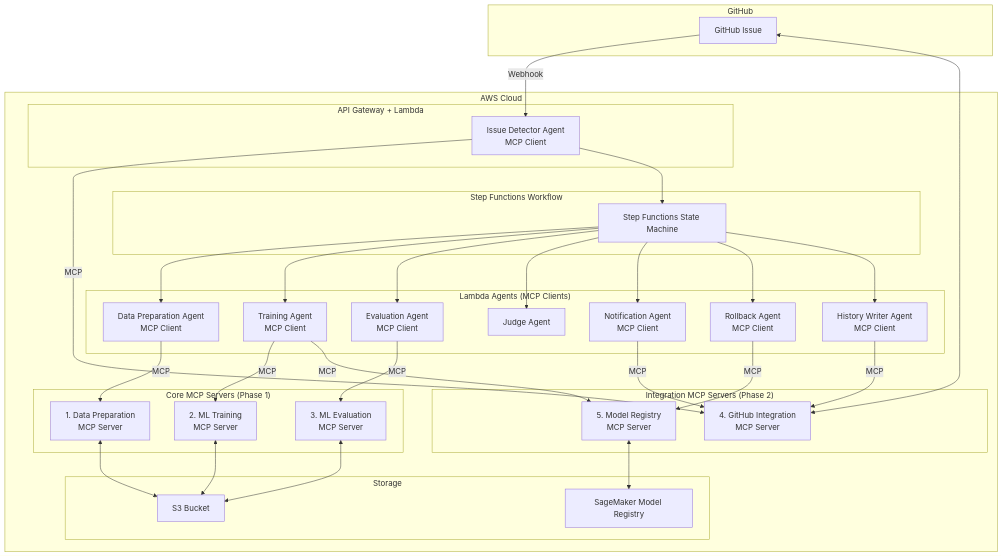
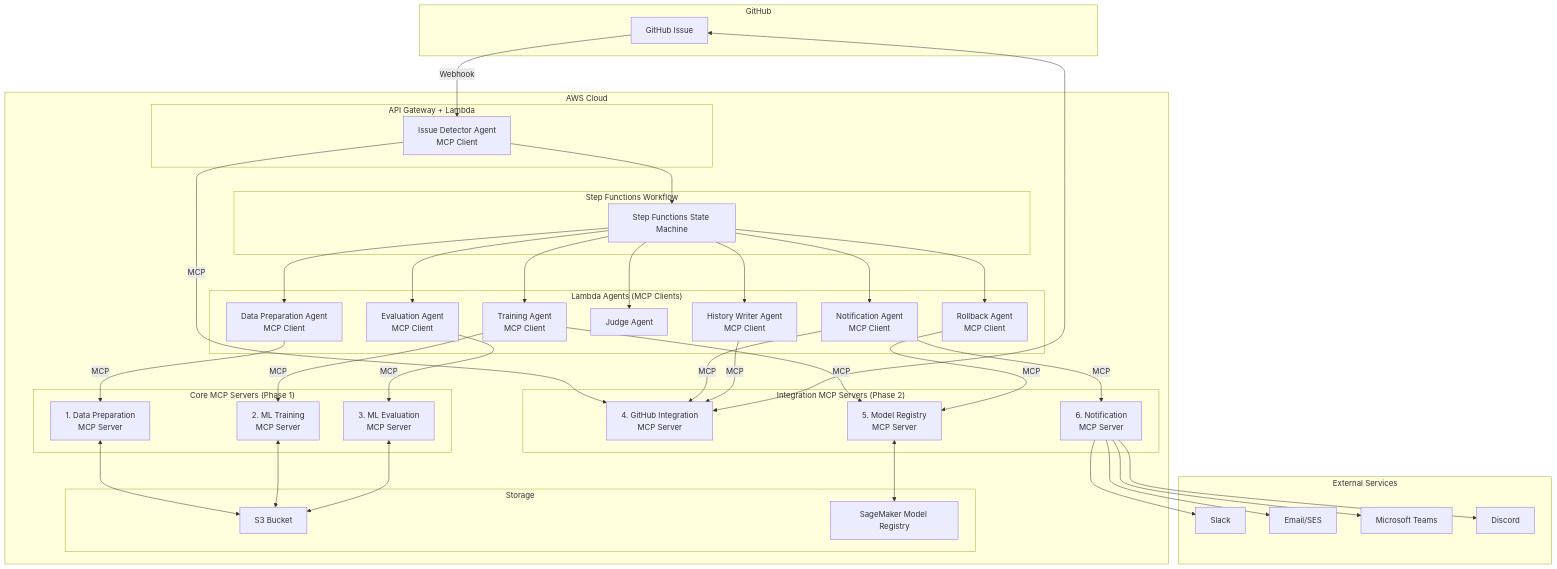
The first of 2 diagrams in mcp_design.md (Hi3369/MLOps), drawn with Mermaid before and after one commit. The commit also changed other lines of this file and 13 other files, not shown here.

First line of the commit message:
Add Notification MCP Server to design (6th core MCP server)

````diff
--- a/mcp_design.md
+++ b/mcp_design.md
@@ -200,68 +234,81 @@
 ```mermaid
 graph TB
     subgraph "GitHub"
         GH_ISSUE[GitHub Issue]
+    end
+
+    subgraph "External Services"
+        SLACK[Slack]
+        EMAIL[Email/SES]
+        TEAMS[Microsoft Teams]
+        DISCORD[Discord]
     end
 
     subgraph "AWS Cloud"
         subgraph "API Gateway + Lambda"
             ISSUE_DETECTOR[Issue Detector Agent<br/>MCP Client]
         end
 
         subgraph "Step Functions Workflow"
             SF[Step Functions State Machine]
         end
 
         subgraph "Lambda Agents (MCP Clients)"
             DATA_PREP[Data Preparation Agent<br/>MCP Client]
             TRAINING[Training Agent<br/>MCP Client]
             EVALUATION[Evaluation Agent<br/>MCP Client]
             JUDGE[Judge Agent]
             NOTIFICATION[Notification Agent<br/>MCP Client]
             ROLLBACK[Rollback Agent<br/>MCP Client]
             HISTORY[History Writer Agent<br/>MCP Client]
         end
 
         subgraph "Core MCP Servers (Phase 1)"
             MCP_DATA[1. Data Preparation<br/>MCP Server]
             MCP_TRAIN[2. ML Training<br/>MCP Server]
             MCP_EVAL[3. ML Evaluation<br/>MCP Server]
         end
 
         subgraph "Integration MCP Servers (Phase 2)"
             MCP_GITHUB[4. GitHub Integration<br/>MCP Server]
             MCP_REGISTRY[5. Model Registry<br/>MCP Server]
+            MCP_NOTIFY[6. Notification<br/>MCP Server]
         end
 
         subgraph "Storage"
             S3[S3 Bucket]
             SAGEMAKER_REGISTRY[SageMaker Model Registry]
         end
     end
 
     GH_ISSUE -->|Webhook| ISSUE_DETECTOR
     ISSUE_DETECTOR -->|MCP| MCP_GITHUB
     ISSUE_DETECTOR --> SF
 
     SF --> DATA_PREP
     SF --> TRAINING
     SF --> EVALUATION
     SF --> JUDGE
     SF --> NOTIFICATION
     SF --> ROLLBACK
     SF --> HISTORY
 
     DATA_PREP -->|MCP| MCP_DATA
     TRAINING -->|MCP| MCP_TRAIN
     TRAINING -->|MCP| MCP_REGISTRY
     EVALUATION -->|MCP| MCP_EVAL
+    NOTIFICATION -->|MCP| MCP_NOTIFY
     NOTIFICATION -->|MCP| MCP_GITHUB
     ROLLBACK -->|MCP| MCP_REGISTRY
     HISTORY -->|MCP| MCP_GITHUB
 
     MCP_DATA <--> S3
     MCP_TRAIN <--> S3
     MCP_EVAL <--> S3
     MCP_REGISTRY <--> SAGEMAKER_REGISTRY
     MCP_GITHUB <--> GH_ISSUE
+    MCP_NOTIFY --> SLACK
+    MCP_NOTIFY --> EMAIL
+    MCP_NOTIFY --> TEAMS
+    MCP_NOTIFY --> DISCORD
 ```
````
